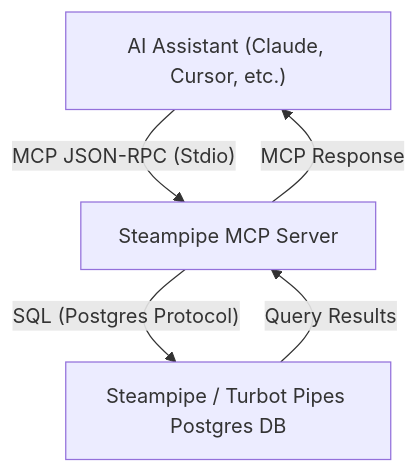
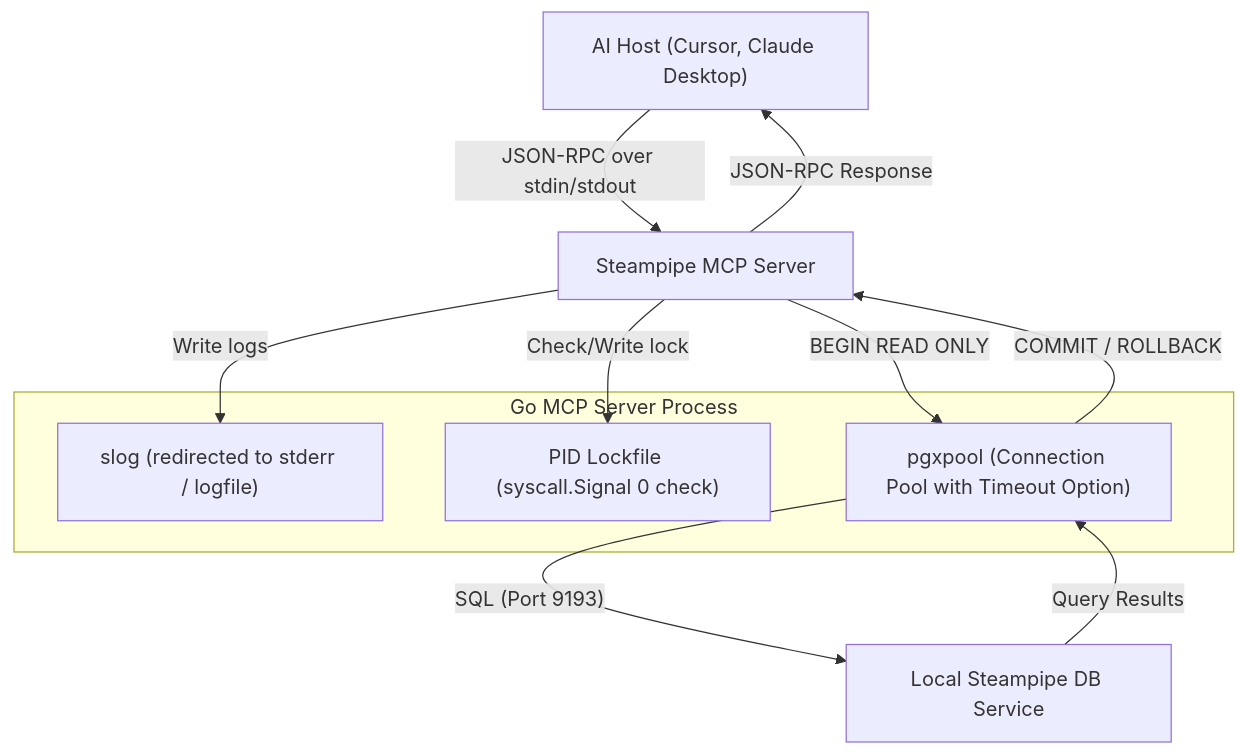
Before and after one commit to mdfranz/steampipe-mcp-golang: the diagram in docs/steampipe_mcp_plan.md, drawn with Mermaid. The commit also changed other lines of this file, not shown here.

````diff
--- a/docs/steampipe_mcp_plan.md
+++ b/docs/steampipe_mcp_plan.md
@@ -11,7 +42,16 @@
 ```mermaid
 graph TD
-    Client["AI Assistant (Claude, Cursor, etc.)"] -- "MCP JSON-RPC (Stdio)" --> MCP["Steampipe MCP Server"]
-    MCP -- "SQL (Postgres Protocol)" --> DB["Steampipe / Turbot Pipes Postgres DB"]
-    DB -- "Query Results" --> MCP
-    MCP -- "MCP Response" --> Client
+    Client["AI Host (Cursor, Claude Desktop)"] -- "JSON-RPC over stdin/stdout" --> MCP["Steampipe MCP Server"]
+    subgraph Go MCP Server Process
+        Logger["slog (redirected to stderr / logfile)"]
+        Lock["PID Lockfile (syscall.Signal 0 check)"]
+        Pool["pgxpool (Connection Pool with Timeout Option)"]
+    end
+    MCP -- "Write logs" --> Logger
+    MCP -- "Check/Write lock" --> Lock
+    MCP -- "BEGIN READ ONLY" --> Pool
+    Pool -- "SQL (Port 9193)" --> DB["Local Steampipe DB Service"]
+    DB -- "Query Results" --> Pool
+    Pool -- "COMMIT / ROLLBACK" --> MCP
+    MCP -- "JSON-RPC Response" --> Client
 ```
````
